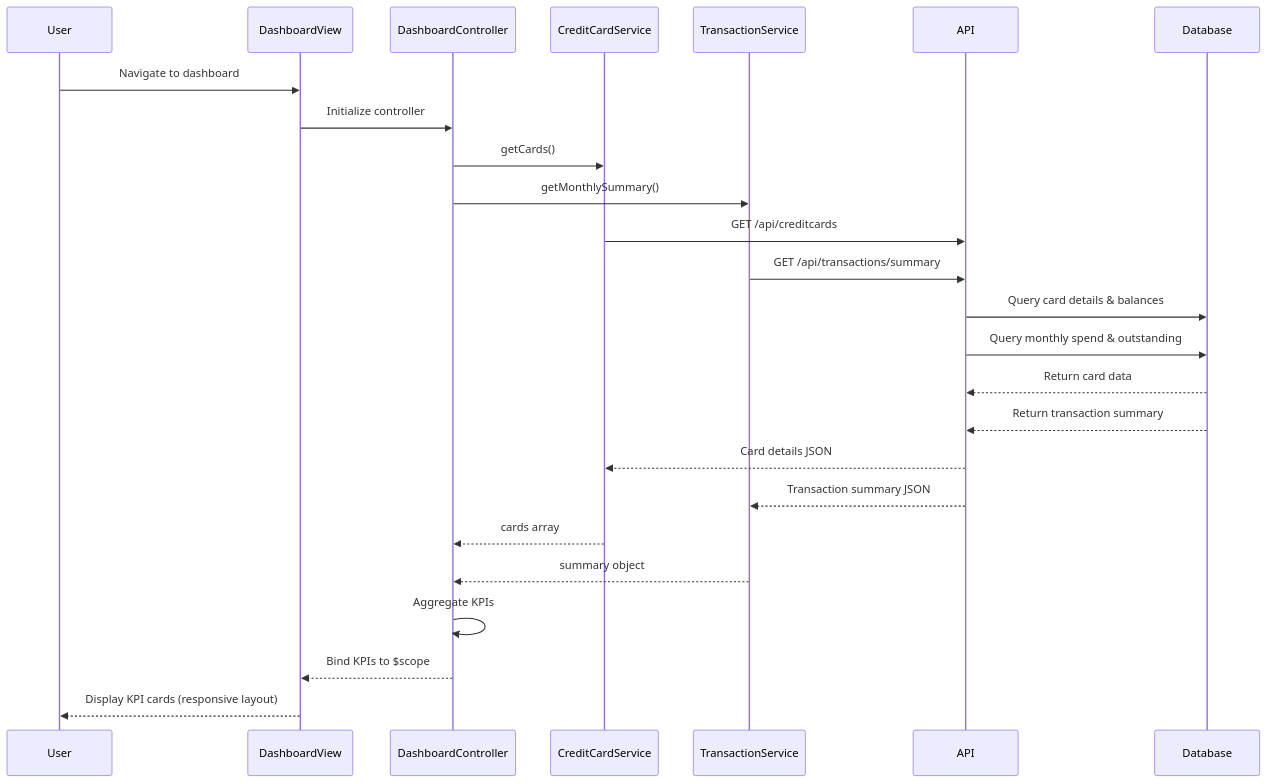
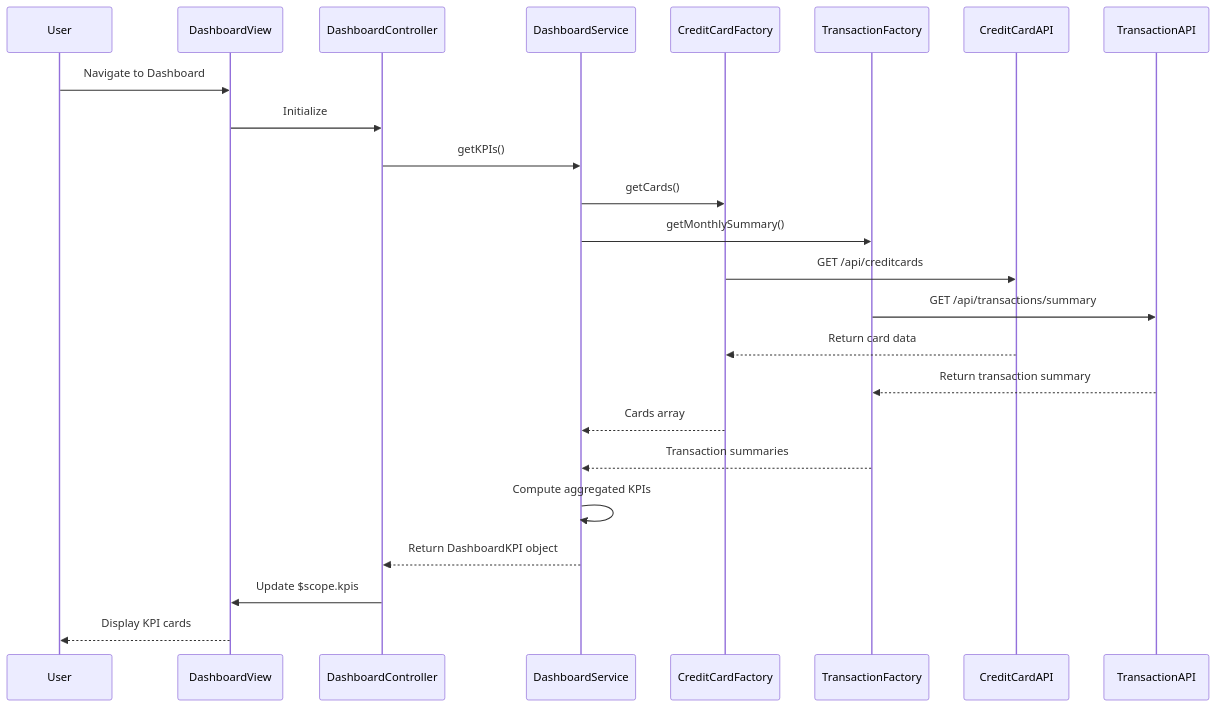
The diagram in LLD/QE-4643_LLD.md (Davamani-git/APB_Demo), drawn with Mermaid before and after one commit. The commit also changed other lines of this file and 2 other files, not shown here.

````diff
--- a/LLD/QE-4643_LLD.md
+++ b/LLD/QE-4643_LLD.md
@@ -84,28 +90,27 @@
 ```mermaid
 sequenceDiagram
     participant User
     participant DashboardView
     participant DashboardController
-    participant CreditCardService
-    participant TransactionService
-    participant API
-    participant Database
+    participant DashboardService
+    participant CreditCardFactory
+    participant TransactionFactory
+    participant CreditCardAPI
+    participant TransactionAPI
 
-    User->>DashboardView: Navigate to dashboard
-    DashboardView->>DashboardController: Initialize controller
-    DashboardController->>CreditCardService: getCards()
-    DashboardController->>TransactionService: getMonthlySummary()
-    CreditCardService->>API: GET /api/creditcards
-    TransactionService->>API: GET /api/transactions/summary
-    API->>Database: Query card details & balances
-    API->>Database: Query monthly spend & outstanding
-    Database-->>API: Return card data
-    Database-->>API: Return transaction summary
-    API-->>CreditCardService: Card details JSON
-    API-->>TransactionService: Transaction summary JSON
-    CreditCardService-->>DashboardController: cards array
-    TransactionService-->>DashboardController: summary object
-    DashboardController->>DashboardController: Aggregate KPIs
-    DashboardController-->>DashboardView: Bind KPIs to $scope
-    DashboardView-->>User: Display KPI cards (responsive layout)
+    User->>DashboardView: Navigate to Dashboard
+    DashboardView->>DashboardController: Initialize
+    DashboardController->>DashboardService: getKPIs()
+    DashboardService->>CreditCardFactory: getCards()
+    DashboardService->>TransactionFactory: getMonthlySummary()
+    CreditCardFactory->>CreditCardAPI: GET /api/creditcards
+    TransactionFactory->>TransactionAPI: GET /api/transactions/summary
+    CreditCardAPI-->>CreditCardFactory: Return card data
+    TransactionAPI-->>TransactionFactory: Return transaction summary
+    CreditCardFactory-->>DashboardService: Cards array
+    TransactionFactory-->>DashboardService: Transaction summaries
+    DashboardService->>DashboardService: Compute aggregated KPIs
+    DashboardService-->>DashboardController: Return DashboardKPI object
+    DashboardController->>DashboardView: Update $scope.kpis
+    DashboardView-->>User: Display KPI cards
 ```
````
